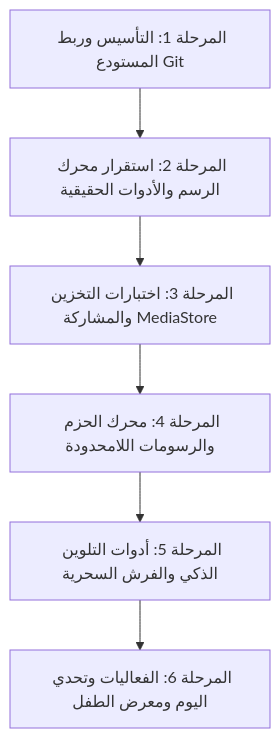
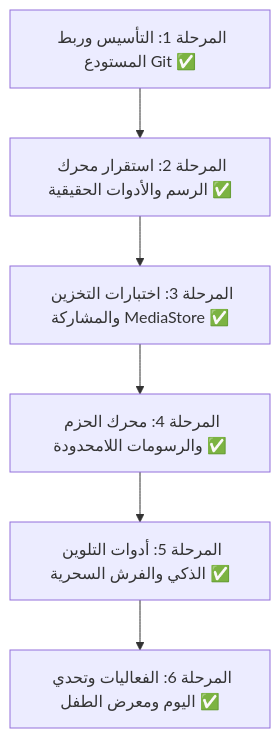
Before and after one commit to Sa4aC3n/Drawing: the diagram in ROADMAP.md, drawn with Mermaid. The commit also changed other lines of this file and 16 other files, not shown here.

Commit message:
feat(phase5-6): add magic brushes, daily challenge, in-app gallery, and complete roadmap

````diff
--- a/ROADMAP.md
+++ b/ROADMAP.md
@@ -17,8 +17,8 @@
 ```mermaid
 flowchart TD
-    M1["المرحلة 1: التأسيس وربط المستودع Git"] --> M2["المرحلة 2: استقرار محرك الرسم والأدوات الحقيقية"]
-    M2 --> M3["المرحلة 3: اختبارات التخزين والمشاركة MediaStore"]
-    M3 --> M4["المرحلة 4: محرك الحزم والرسومات اللامحدودة"]
-    M4 --> M5["المرحلة 5: أدوات التلوين الذكي والفرش السحرية"]
-    M5 --> M6["المرحلة 6: الفعاليات وتحدي اليوم ومعرض الطفل"]
+    M1["المرحلة 1: التأسيس وربط المستودع Git ✅"] --> M2["المرحلة 2: استقرار محرك الرسم والأدوات الحقيقية ✅"]
+    M2 --> M3["المرحلة 3: اختبارات التخزين والمشاركة MediaStore ✅"]
+    M3 --> M4["المرحلة 4: محرك الحزم والرسومات اللامحدودة ✅"]
+    M4 --> M5["المرحلة 5: أدوات التلوين الذكي والفرش السحرية ✅"]
+    M5 --> M6["المرحلة 6: الفعاليات وتحدي اليوم ومعرض الطفل ✅"]
 ```
````
